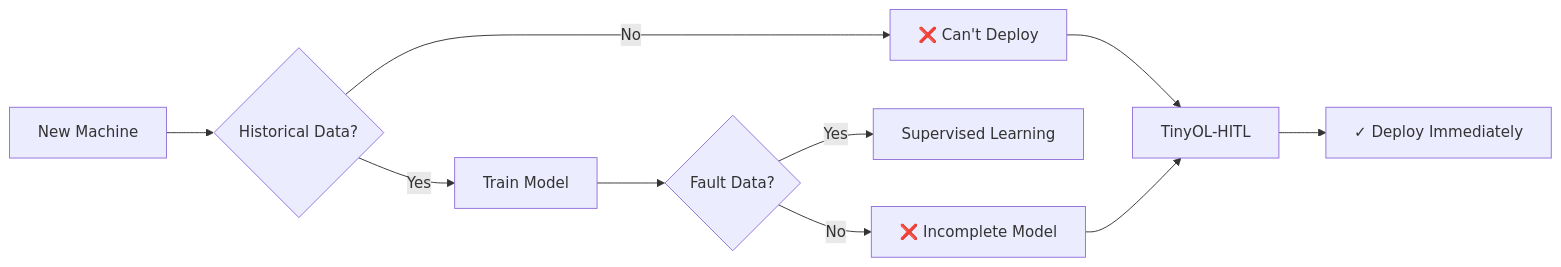
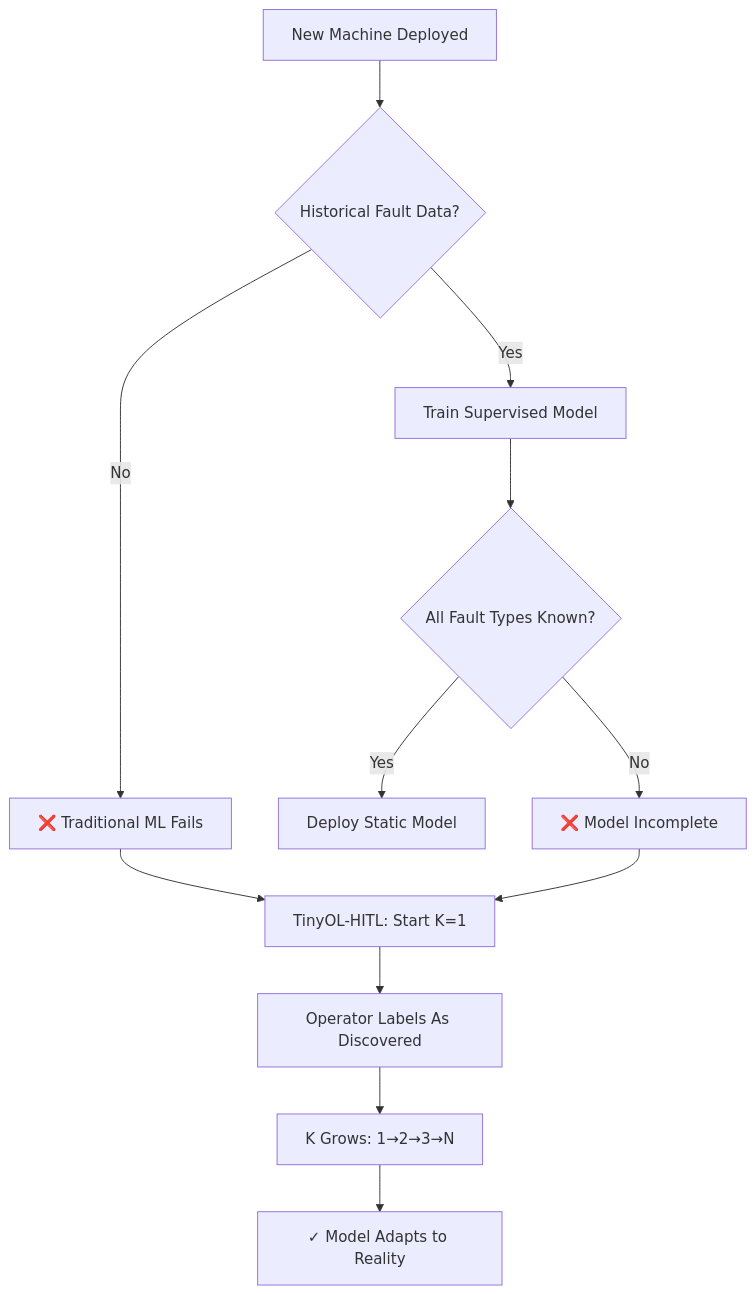
One commit to leekaize/tinyol-hitl changed the second of 8 diagrams in slidev/slides.md. Above: the diagram before and after it, drawn with Mermaid. The commit also changed other lines of this file and 5 other files, not shown here.

````diff
--- a/slidev/slides.md
+++ b/slidev/slides.md
@@ -111,14 +128,17 @@
 ```mermaid
-graph LR
-    A[New Machine] --> B{Historical Data?}
-    B -->|Yes| C[Train Model]
-    B -->|No| D[❌ Can't Deploy]
+flowchart TB
+    A[New Machine Deployed] --> B{Historical Fault Data?}
+    B -->|Yes| C[Train Supervised Model]
+    B -->|No| D[❌ Traditional ML Fails]
 
-    C --> E{Fault Data?}
-    E -->|Yes| F[Supervised Learning]
-    E -->|No| G[❌ Incomplete Model]
+    C --> E{All Fault Types Known?}
+    E -->|Yes| F[Deploy Static Model]
+    E -->|No| G[❌ Model Incomplete]
 
-    D --> H[TinyOL-HITL]
+    D --> H[TinyOL-HITL: Start K=1]
     G --> H
-    H --> I[✓ Deploy Immediately]
+
+    H --> I[Operator Labels As Discovered]
+    I --> J[K Grows: 1→2→3→N]
+    J --> K[✓ Model Adapts to Reality]
 ```
````
